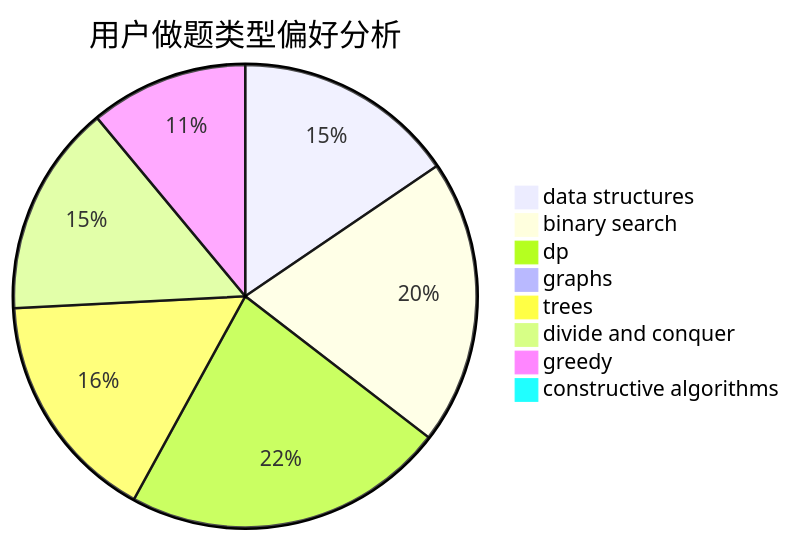
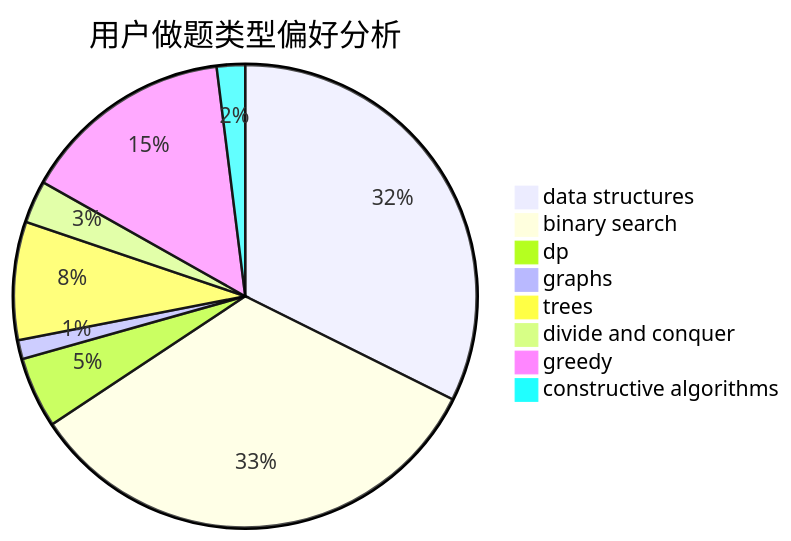
One commit to sherpahu/cfrs.github.io changed the second of 3 diagrams in docs/user/u536.md. Above: the diagram before and after it, drawn with Mermaid. The commit also changed other lines of this file and 2770 other files, not shown here.

````diff
--- a/docs/user/u536.md
+++ b/docs/user/u536.md
@@ -23,11 +23,11 @@
 ```mermaid
 pie title 用户做题类型偏好分析
-    "data structures" :  66
-    "binary search" :  85
-    "dp" :  96
-    "graphs" :  3
-    "trees" :  69
-    "divide and conquer" :  63
-    "greedy" :  47
-    "constructive algorithms" :  4
+    "data structures" :  98
+    "binary search" :  101
+    "dp" :  15
+    "graphs" :  4
+    "trees" :  25
+    "divide and conquer" :  9
+    "greedy" :  45
+    "constructive algorithms" :  6
 ```
````
